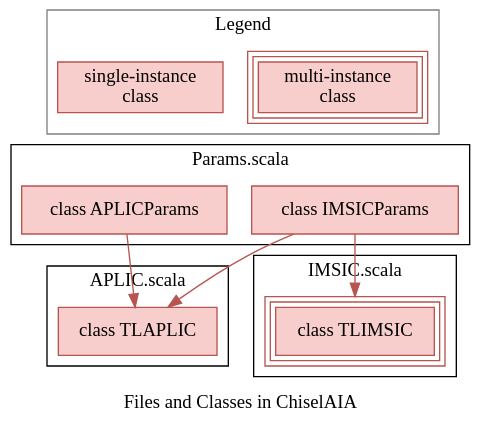
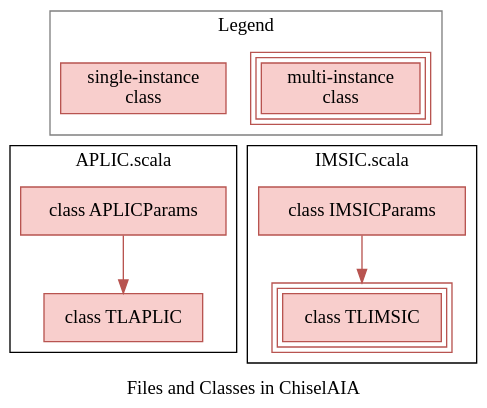
The diagram in docs/images/integration_files.dot (OpenXiangShan/ChiselAIA), drawn with Graphviz before and after one commit. The commit also changed 7 other files, not shown here.

Commit message:
misc: separate Params.scala into APLIC/IMSIC.scala

```diff
--- a/docs/images/integration_files.dot
+++ b/docs/images/integration_files.dot
@@ -1,39 +1,34 @@
 digraph {
   label="Files and Classes in ChiselAIA"
   bgcolor=transparent;
   node [shape=box];
 
   subgraph legend {
     cluster=True;
     label=Legend;
     pencolor="gray";
 
     _class0[label="single-instance\nclass", style="filled", fillcolor="#F8CECC", color="#B85450"];
     _class1[label="multi-instance\nclass", peripheries=3, style="filled", fillcolor="#F8CECC", color="#B85450"];
   }
 
-  subgraph params_scala {
-    label="Params.scala";
-    cluster=True;
-    imsicparams [label="class IMSICParams", style="filled", fillcolor="#F8CECC", color="#B85450"];
-    aplicparams [label="class APLICParams", style="filled", fillcolor="#F8CECC", color="#B85450"];
-  }
-
   subgraph aplic_scala {
     label="APLIC.scala";
     cluster=True;
+    aplicparams [label="class APLICParams", style="filled", fillcolor="#F8CECC", color="#B85450"];
     tlaplic [label="class TLAPLIC", style="filled", fillcolor="#F8CECC", color="#B85450"];
+    aplicparams -> tlaplic[color="#B85450"];
   }
 
   subgraph imsic_scala {
     label="IMSIC.scala";
     cluster=True;
+    imsicparams [label="class IMSICParams", style="filled", fillcolor="#F8CECC", color="#B85450"];
     tlimsic [label="class TLIMSIC", peripheries=3, style="filled", fillcolor="#F8CECC", color="#B85450"];
+    imsicparams -> tlimsic[color="#B85450"];
   }
 
-  imsicparams -> tlimsic[color="#B85450"];
-  {imsicparams; aplicparams;} -> tlaplic[color="#B85450"];
 
   _class0 -> aplicparams[color=transparent];
   _class1 -> imsicparams[color=transparent];
 }
```
